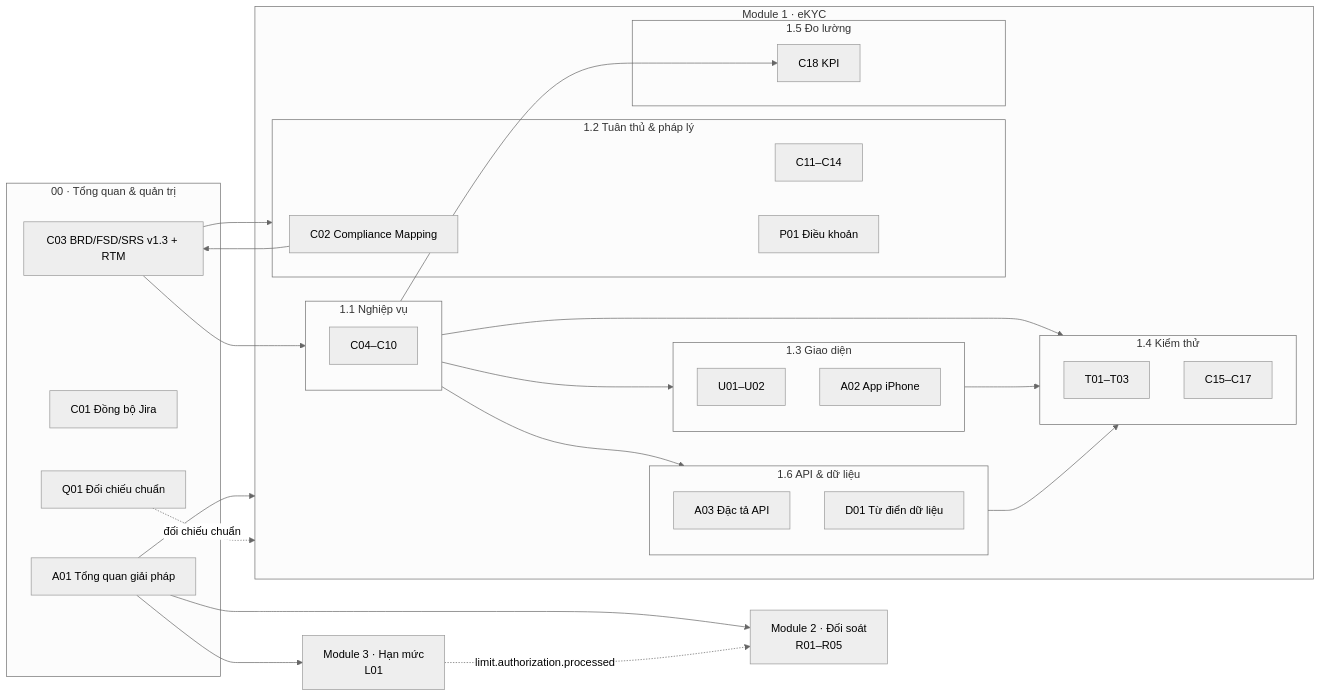
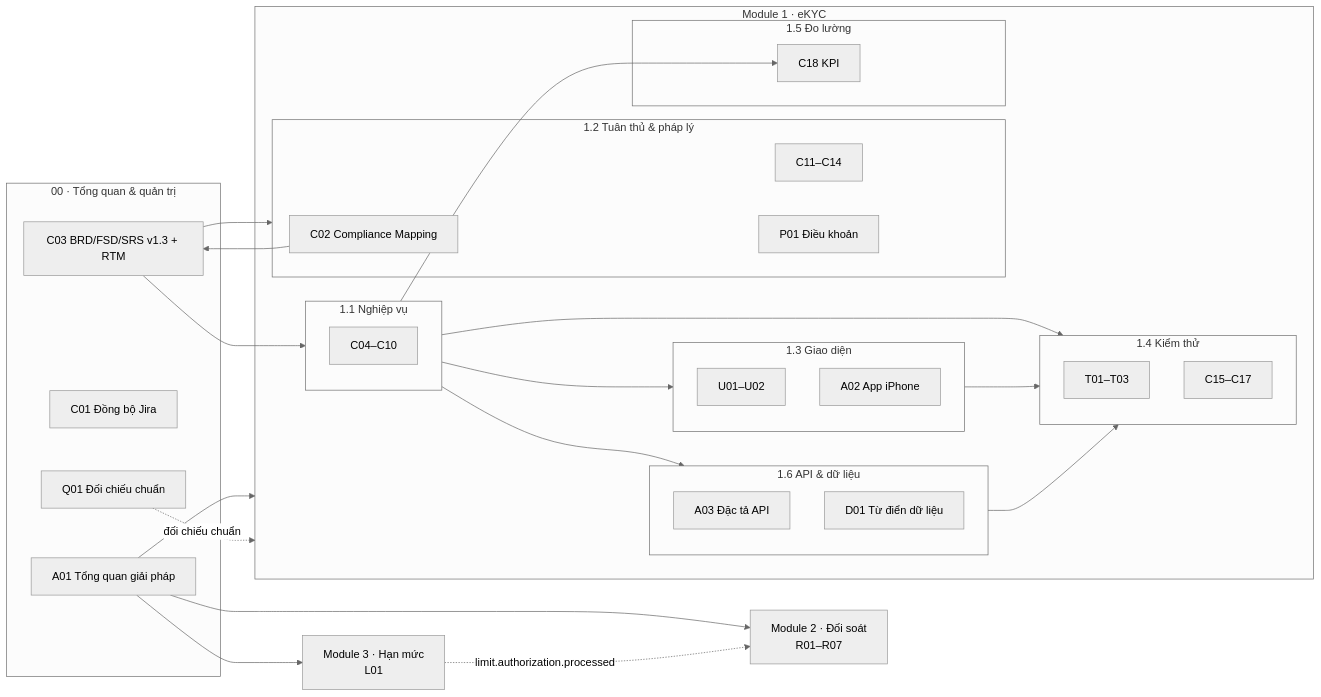
Before and after one commit to handao2303/aegis-ekyc-ui: the diagram in docs/README.md, drawn with Mermaid (neutral theme). The commit also changed other lines of this file and 7 other files, not shown here.

````diff
--- a/docs/README.md
+++ b/docs/README.md
@@ -30,51 +30,51 @@
 ```mermaid
 flowchart LR
     subgraph O["00 · Tổng quan & quản trị"]
         A01["A01 Tổng quan giải pháp"]
         C01["C01 Đồng bộ Jira"]
         C03["C03 BRD/FSD/SRS v1.3 + RTM"]
         Q01["Q01 Đối chiếu chuẩn"]
     end
     subgraph M1["Module 1 · eKYC"]
         subgraph B["1.1 Nghiệp vụ"]
             C0410["C04–C10"]
         end
         subgraph P["1.2 Tuân thủ & pháp lý"]
             C02["C02 Compliance Mapping"]
             C1114["C11–C14"]
             P01["P01 Điều khoản"]
         end
         subgraph U["1.3 Giao diện"]
             U0102["U01–U02"]
             A02["A02 App iPhone"]
         end
         subgraph T["1.4 Kiểm thử"]
             T0103["T01–T03"]
             C1517["C15–C17"]
         end
         subgraph K["1.5 Đo lường"]
             C18["C18 KPI"]
         end
         subgraph D["1.6 API & dữ liệu"]
             A03["A03 Đặc tả API"]
             D01["D01 Từ điển dữ liệu"]
         end
     end
-    R01["Module 2 · Đối soát<br/>R01–R05"]
+    R01["Module 2 · Đối soát<br/>R01–R07"]
     L01["Module 3 · Hạn mức<br/>L01"]
     C02 --> C03
     C03 --> B
     C03 --> P
     B --> U
     P --> P01
     B --> T
     U --> T
     B --> C18
     B --> D
     D --> T
     A01 --> M1
     Q01 -. "đối chiếu chuẩn" .-> M1
     A01 --> R01
     A01 --> L01
     L01 -. "limit.authorization.processed" .-> R01
 ```
````
